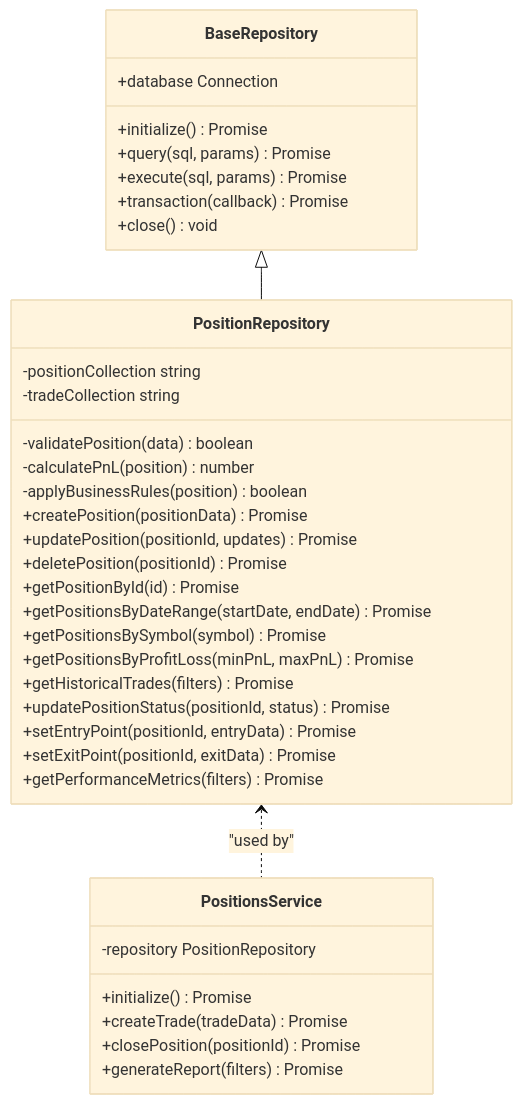
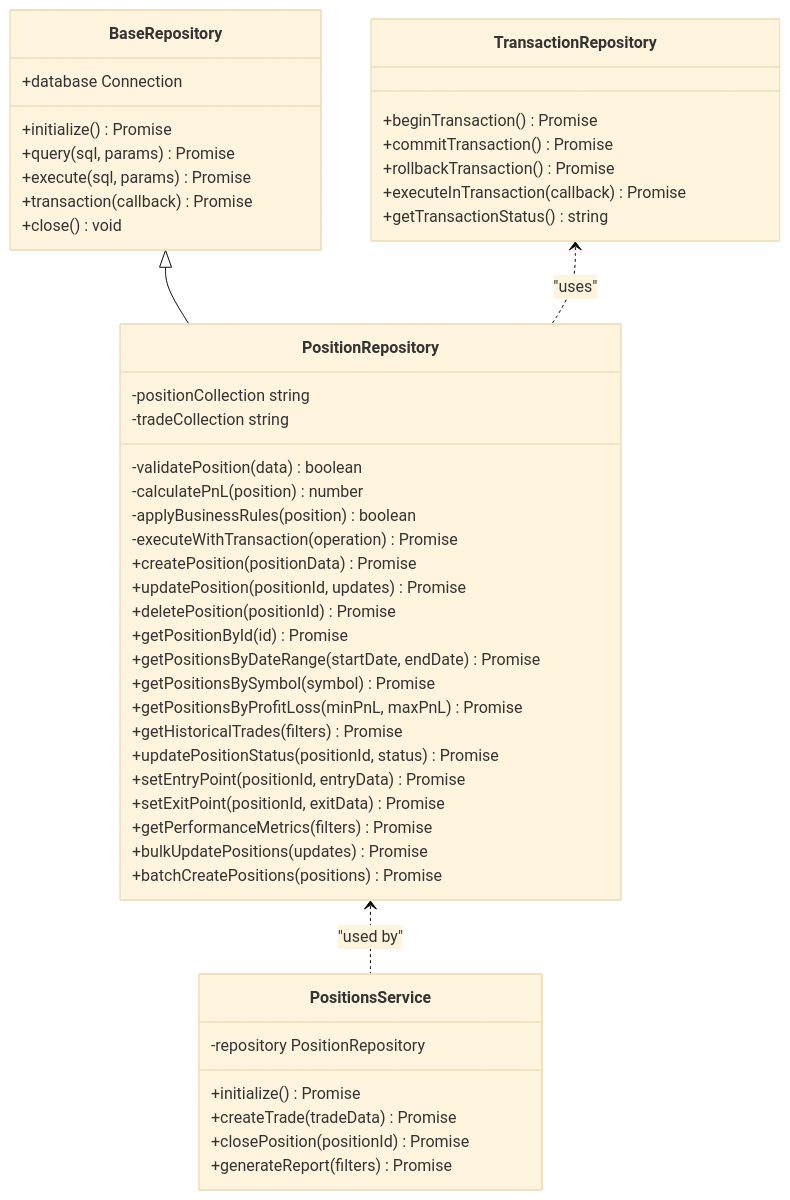
Before and after one commit to iliyas77/MTF-monitor: the third of 7 diagrams in .qoder/repowiki/en/content/API Reference/Repository API/Position Repository.md, drawn with Mermaid (base theme). The commit also changed other lines of this file and 69 other files, not shown here.

````diff
--- a/.qoder/repowiki/en/content/API Reference/Repository API/Position Repository.md
+++ b/.qoder/repowiki/en/content/API Reference/Repository API/Position Repository.md
@@ -124,39 +148,50 @@
 ```mermaid
 classDiagram
 class BaseRepository {
 +database Connection
 +initialize() Promise
 +query(sql, params) Promise
 +execute(sql, params) Promise
 +transaction(callback) Promise
 +close() void
 }
+class TransactionRepository {
++beginTransaction() Promise
++commitTransaction() Promise
++rollbackTransaction() Promise
++executeInTransaction(callback) Promise
++getTransactionStatus() string
+}
 class PositionRepository {
 -positionCollection string
 -tradeCollection string
 -validatePosition(data) boolean
 -calculatePnL(position) number
 -applyBusinessRules(position) boolean
+-executeWithTransaction(operation) Promise
 +createPosition(positionData) Promise
 +updatePosition(positionId, updates) Promise
 +deletePosition(positionId) Promise
 +getPositionById(id) Promise
 +getPositionsByDateRange(startDate, endDate) Promise
 +getPositionsBySymbol(symbol) Promise
 +getPositionsByProfitLoss(minPnL, maxPnL) Promise
 +getHistoricalTrades(filters) Promise
 +updatePositionStatus(positionId, status) Promise
 +setEntryPoint(positionId, entryData) Promise
 +setExitPoint(positionId, exitData) Promise
 +getPerformanceMetrics(filters) Promise
++bulkUpdatePositions(updates) Promise
++batchCreatePositions(positions) Promise
 }
 class PositionsService {
 -repository PositionRepository
 +initialize() Promise
 +createTrade(tradeData) Promise
 +closePosition(positionId) Promise
 +generateReport(filters) Promise
 }
 BaseRepository <|-- PositionRepository
+TransactionRepository <.. PositionRepository : "uses"
 PositionRepository <.. PositionsService : "used by"
 ```
````
